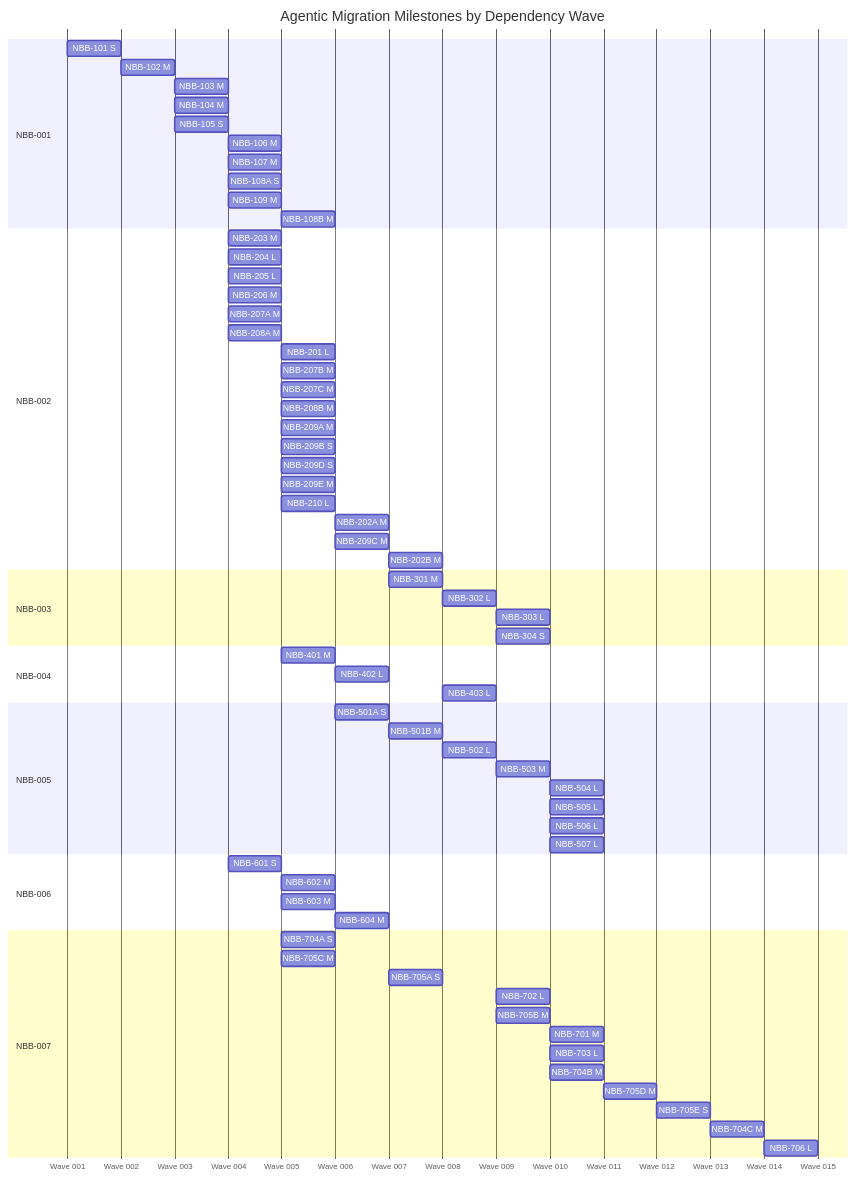
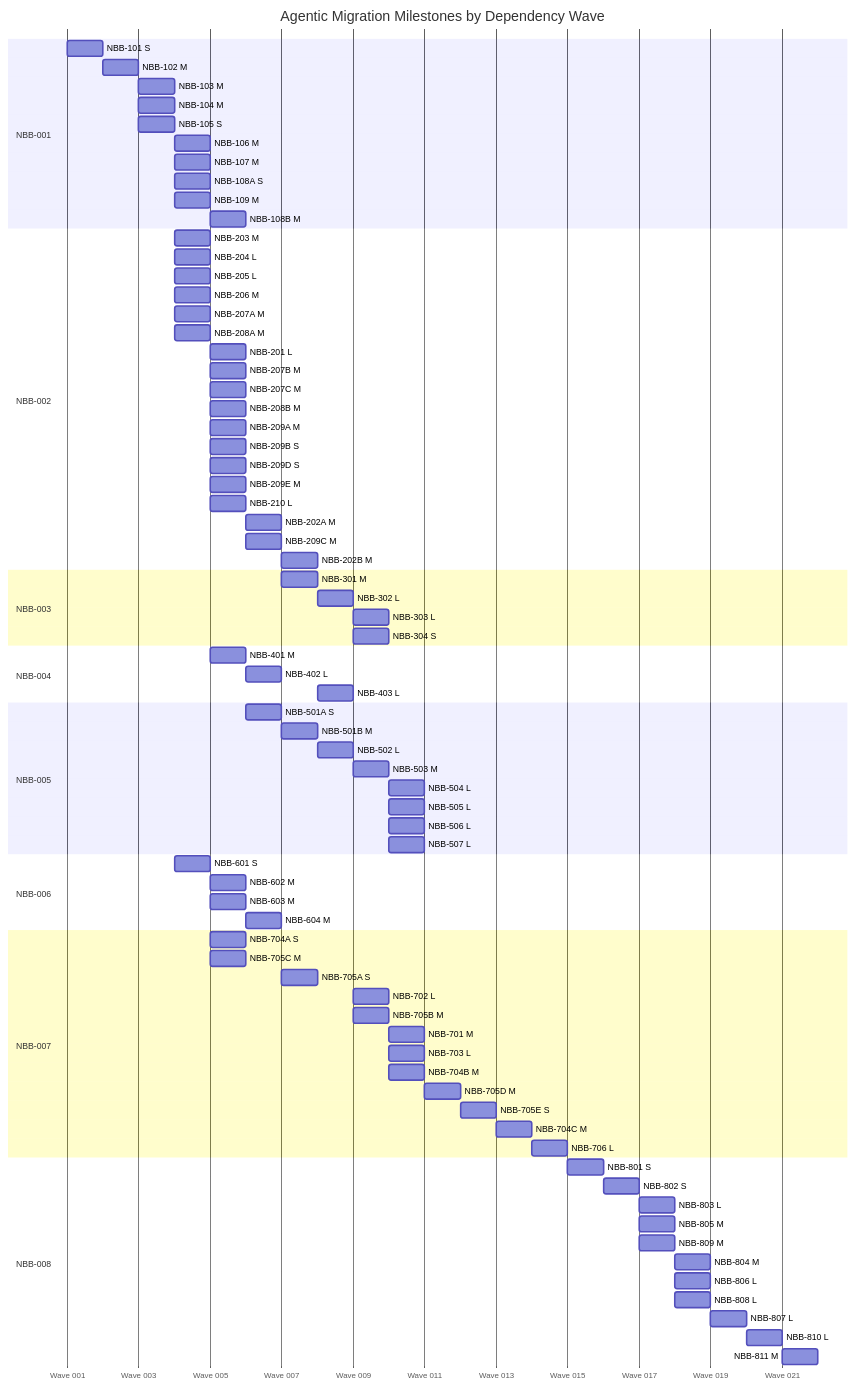
The second of 2 diagrams in docs/tickets/GRAPH.md (sour4bh/NoobBook), drawn with Mermaid before and after one commit. The commit also changed other lines of this file and 5 other files, not shown here.

````diff
--- a/docs/tickets/GRAPH.md
+++ b/docs/tickets/GRAPH.md
@@ -288,4 +321,16 @@
   NBB-705E S :2026-01-12, 1d
   NBB-704C M :2026-01-13, 1d
   NBB-706 L :2026-01-14, 1d
+  section NBB-008
+  NBB-801 S :2026-01-15, 1d
+  NBB-802 S :2026-01-16, 1d
+  NBB-803 L :2026-01-17, 1d
+  NBB-805 M :2026-01-17, 1d
+  NBB-809 M :2026-01-17, 1d
+  NBB-804 M :2026-01-18, 1d
+  NBB-806 L :2026-01-18, 1d
+  NBB-808 L :2026-01-18, 1d
+  NBB-807 L :2026-01-19, 1d
+  NBB-810 L :2026-01-20, 1d
+  NBB-811 M :2026-01-21, 1d
 ```
````
